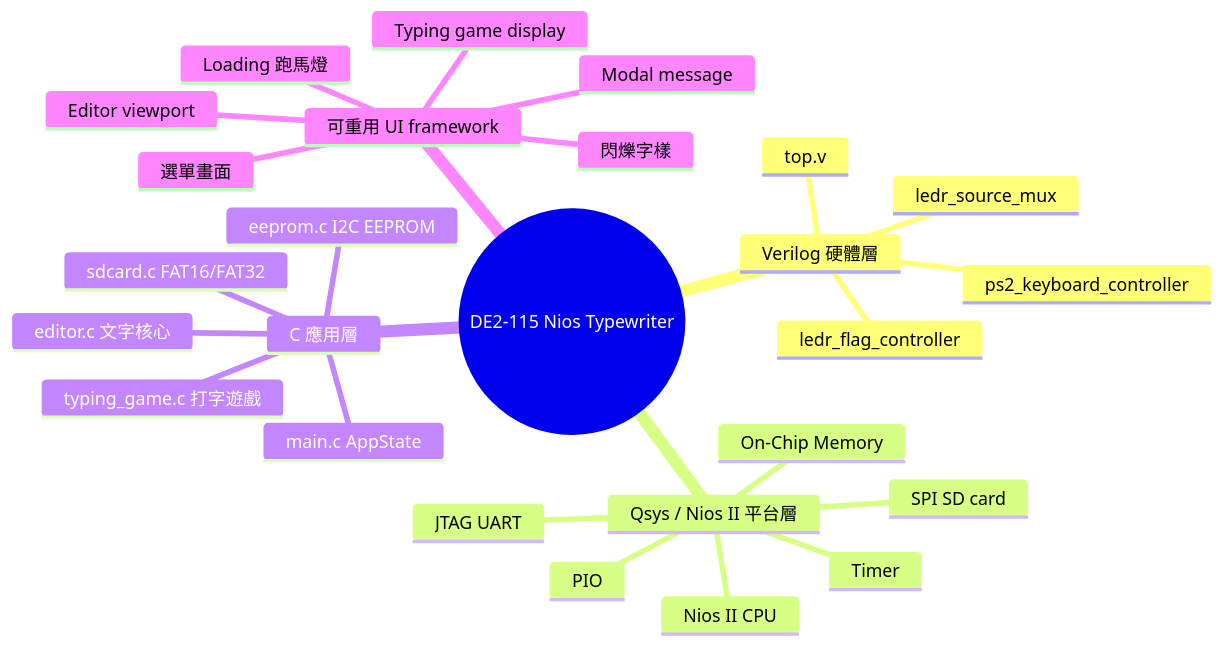
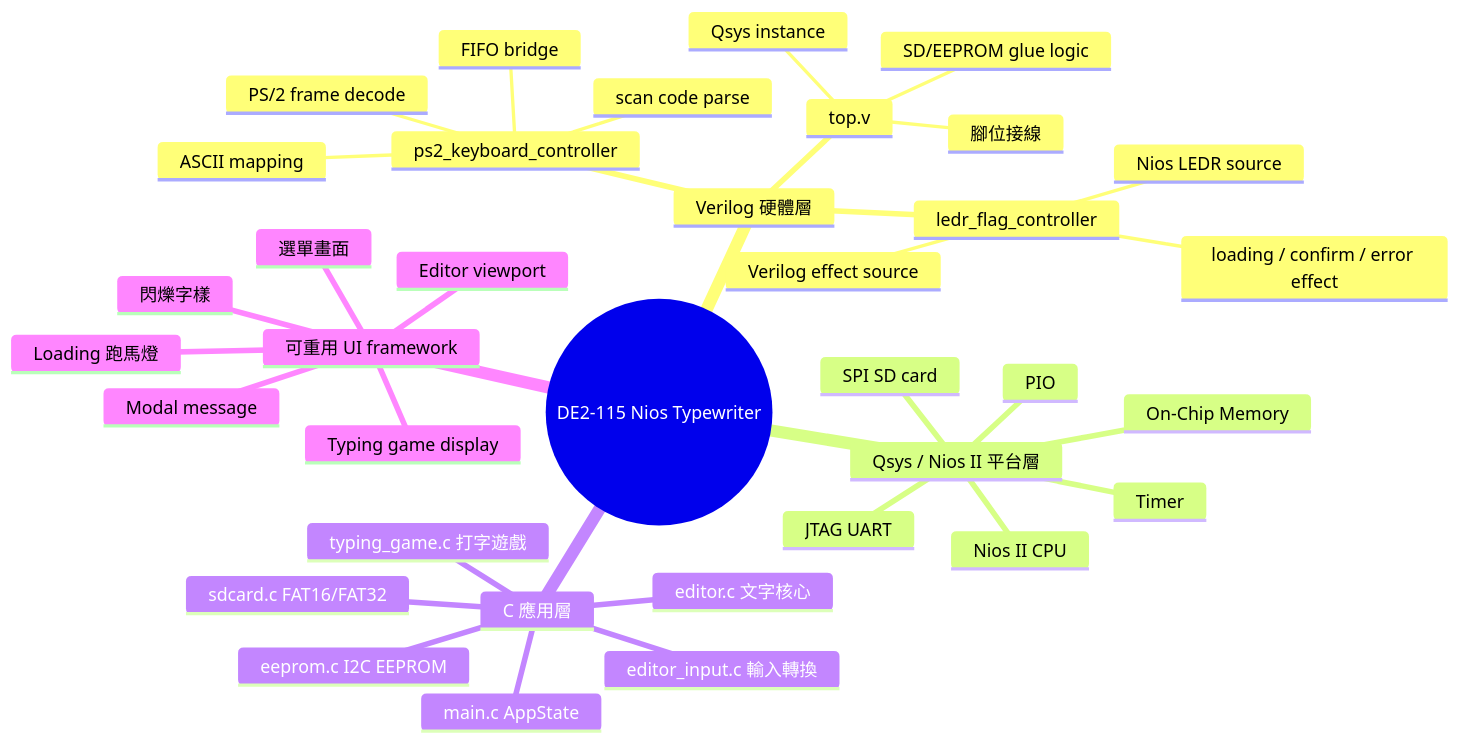
The first of 13 diagrams in docs/hierarchy.md (Dao-you/altera_nios_typewriter), drawn with Mermaid before and after one commit. The commit also changed other lines of this file, not shown here.

````diff
--- a/docs/hierarchy.md
+++ b/docs/hierarchy.md
@@ -13,29 +15,39 @@
 ```mermaid
 mindmap
   root((DE2-115 Nios Typewriter))
     Verilog 硬體層
       top.v
+        腳位接線
+        Qsys instance
+        SD/EEPROM glue logic
       ps2_keyboard_controller
+        PS/2 frame decode
+        scan code parse
+        ASCII mapping
+        FIFO bridge
       ledr_flag_controller
-      ledr_source_mux
+        Nios LEDR source
+        Verilog effect source
+        loading / confirm / error effect
     Qsys / Nios II 平台層
       Nios II CPU
       On-Chip Memory
       Timer
       JTAG UART
       PIO
       SPI SD card
     C 應用層
       main.c AppState
       editor.c 文字核心
+      editor_input.c 輸入轉換
       sdcard.c FAT16/FAT32
       eeprom.c I2C EEPROM
       typing_game.c 打字遊戲
     可重用 UI framework
       選單畫面
       閃爍字樣
       Loading 跑馬燈
       Modal message
       Editor viewport
       Typing game display
 ```
````
